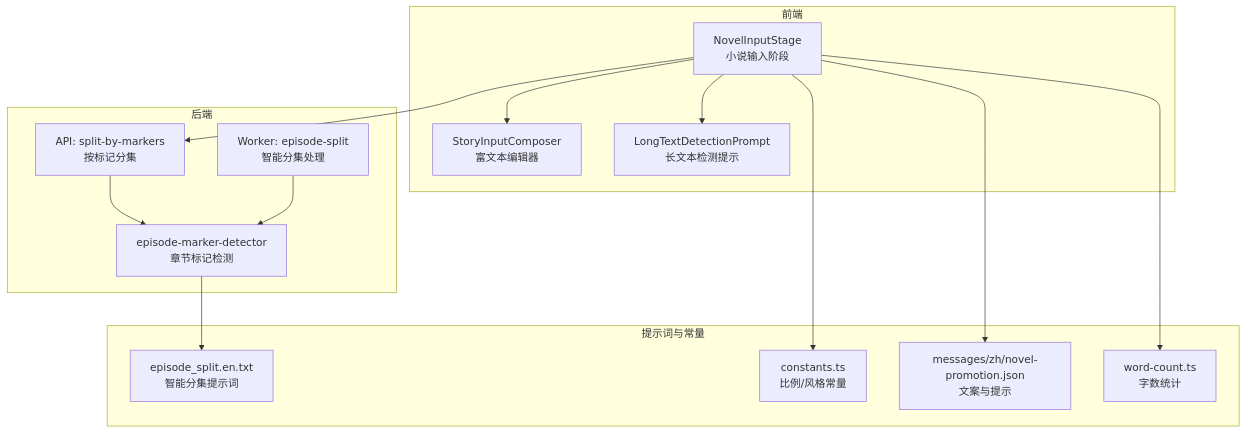
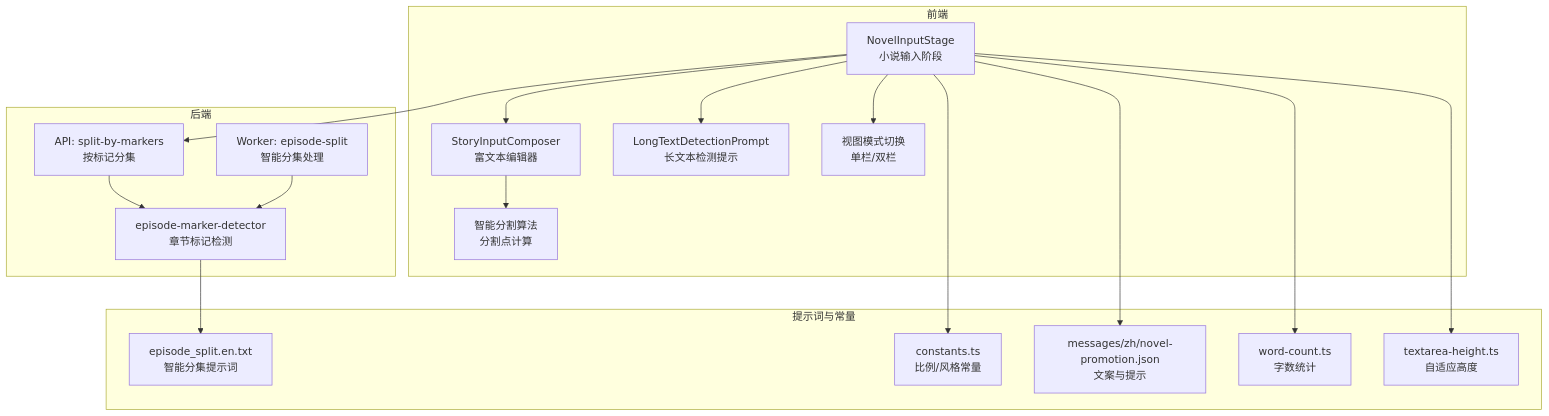
Before and after one commit to lyl2021/waoowaoo: the first of 6 diagrams in .qoder/repowiki/zh/content/前端组件架构/工作区组件/故事输入组件.md, drawn with Mermaid. The commit also changed other lines of this file and 15 other files, not shown here.

````diff
--- a/.qoder/repowiki/zh/content/前端组件架构/工作区组件/故事输入组件.md
+++ b/.qoder/repowiki/zh/content/前端组件架构/工作区组件/故事输入组件.md
@@ -44,28 +53,34 @@
 ```mermaid
 graph TB
 subgraph "前端"
 NIS["NovelInputStage<br/>小说输入阶段"]
 SIC["StoryInputComposer<br/>富文本编辑器"]
 LTDP["LongTextDetectionPrompt<br/>长文本检测提示"]
+VIEWMODE["视图模式切换<br/>单栏/双栏"]
+SPLITALGO["智能分割算法<br/>分割点计算"]
 end
 subgraph "后端"
 API["API: split-by-markers<br/>按标记分集"]
 WORKER["Worker: episode-split<br/>智能分集处理"]
 DET["episode-marker-detector<br/>章节标记检测"]
 end
 subgraph "提示词与常量"
 PROMPT["episode_split.en.txt<br/>智能分集提示词"]
 CONST["constants.ts<br/>比例/风格常量"]
 I18N["messages/zh/novel-promotion.json<br/>文案与提示"]
 WC["word-count.ts<br/>字数统计"]
+ENDHEIGHT["textarea-height.ts<br/>自适应高度"]
 end
 NIS --> SIC
 NIS --> LTDP
+NIS --> VIEWMODE
+SIC --> SPLITALGO
 NIS --> API
 API --> DET
 WORKER --> DET
 DET --> PROMPT
 NIS --> CONST
 NIS --> I18N
 NIS --> WC
+NIS --> ENDHEIGHT
 ```
````
